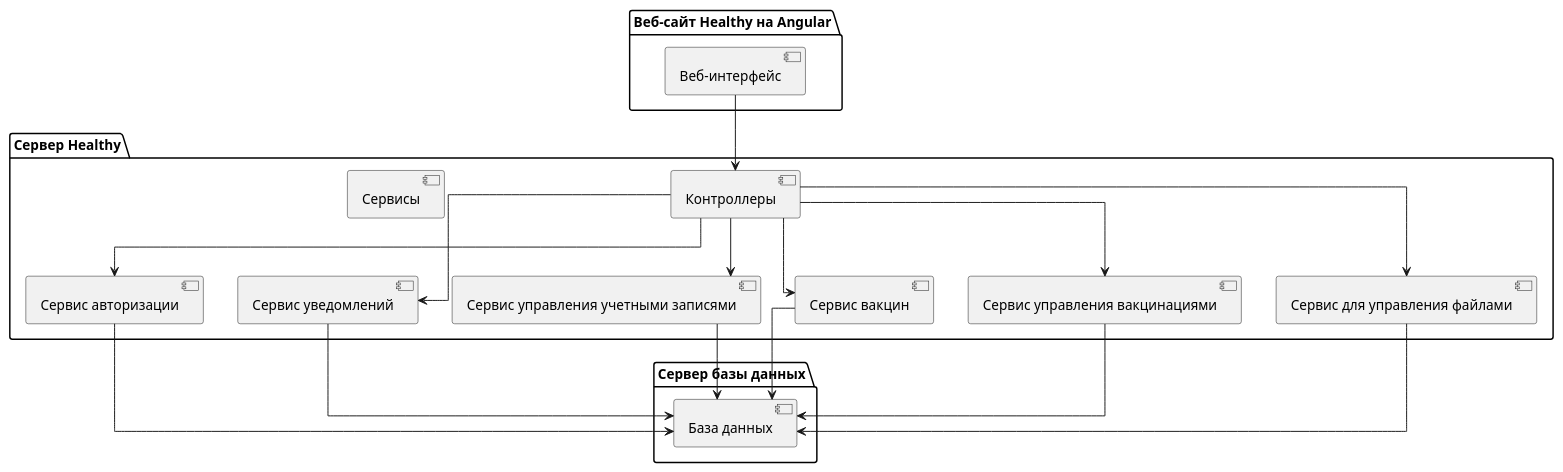
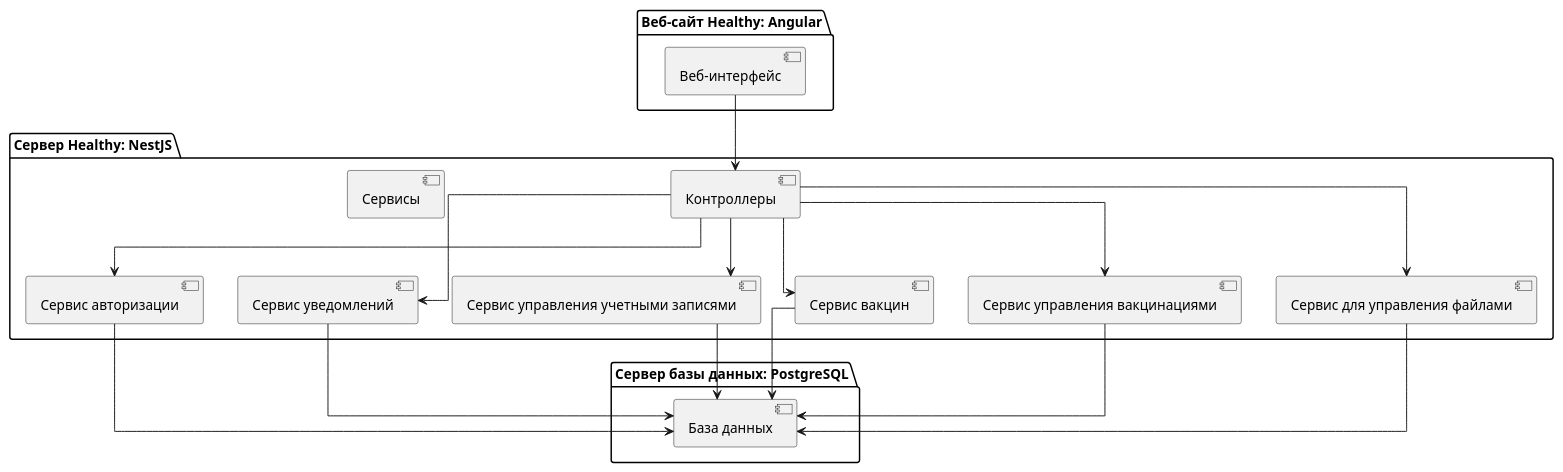
Before and after one commit to zloihach/healthy-backend: the diagram in src/plantuml/component-diagram.puml, drawn with PlantUML. The commit also changed 1 other file, not shown here.

```diff
--- a/src/plantuml/component-diagram.puml
+++ b/src/plantuml/component-diagram.puml
@@ -1,40 +1,40 @@
 @startuml
 skinparam linetype ortho
 
-package "Веб-сайт Healthy на Angular" {
+package "Веб-сайт Healthy: Angular" {
     [Веб-интерфейс]
 }
 
-package "Сервер Healthy" {
+package "Сервер Healthy: NestJS" {
     [Контроллеры]
     [Сервисы]
     [Сервис авторизации]
     [Сервис уведомлений]
     [Сервис управления учетными записями]
     [Сервис вакцин]
     [Сервис управления вакцинациями]
     [Сервис для управления файлами]
 }
 
-package "Сервер базы данных" {
+package "Сервер базы данных: PostgreSQL" {
     [База данных]
 }
 
 [Веб-интерфейс] -down-> [Контроллеры]
 [Контроллеры] -down-> [Сервис авторизации]
 [Контроллеры] -down-> [Сервис уведомлений]
 [Контроллеры] -down-> [Сервис управления учетными записями]
 [Контроллеры] -down-> [Сервис вакцин]
 [Контроллеры] -down-> [Сервис управления вакцинациями]
 [Контроллеры] -down-> [Сервис для управления файлами]
 [Сервис авторизации] -down-> [База данных]
 [Сервис уведомлений] -down-> [База данных]
 [Сервис управления учетными записями] -down-> [База данных]
 [Сервис вакцин] -down-> [База данных]
 [Сервис управления вакцинациями] -down-> [База данных]
 [Сервис для управления файлами] -down-> [База данных]
 
 
 
 
 @enduml
```
